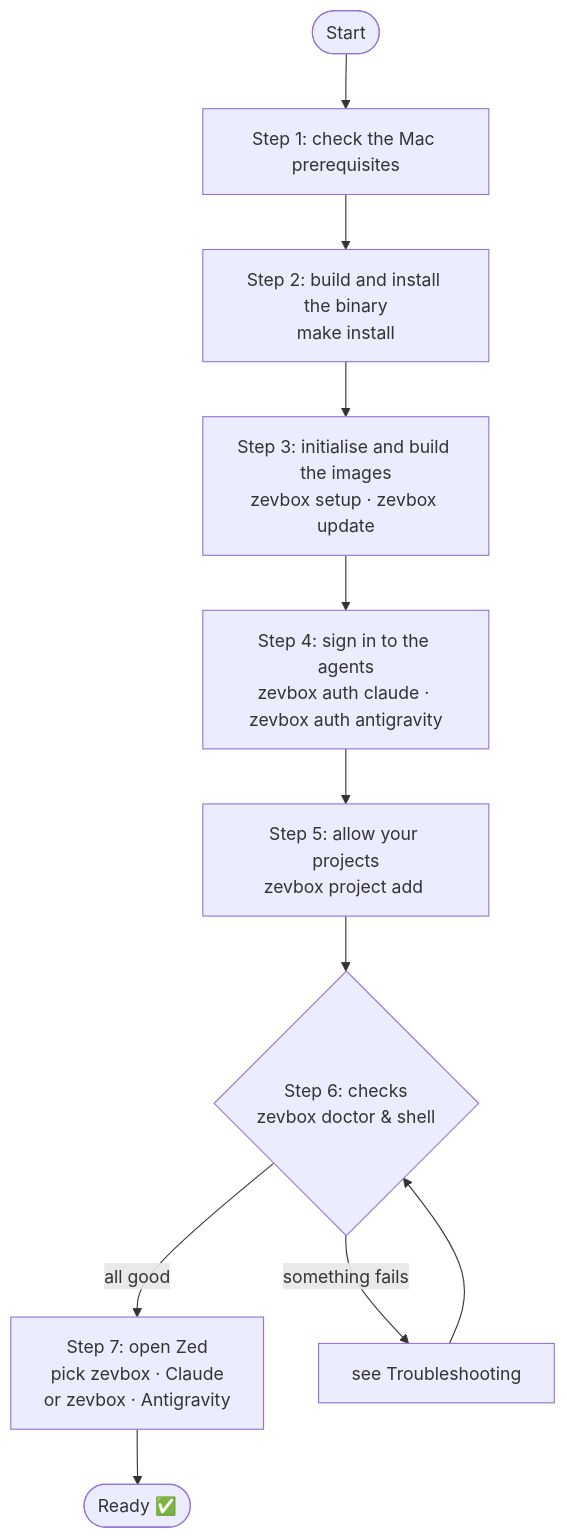
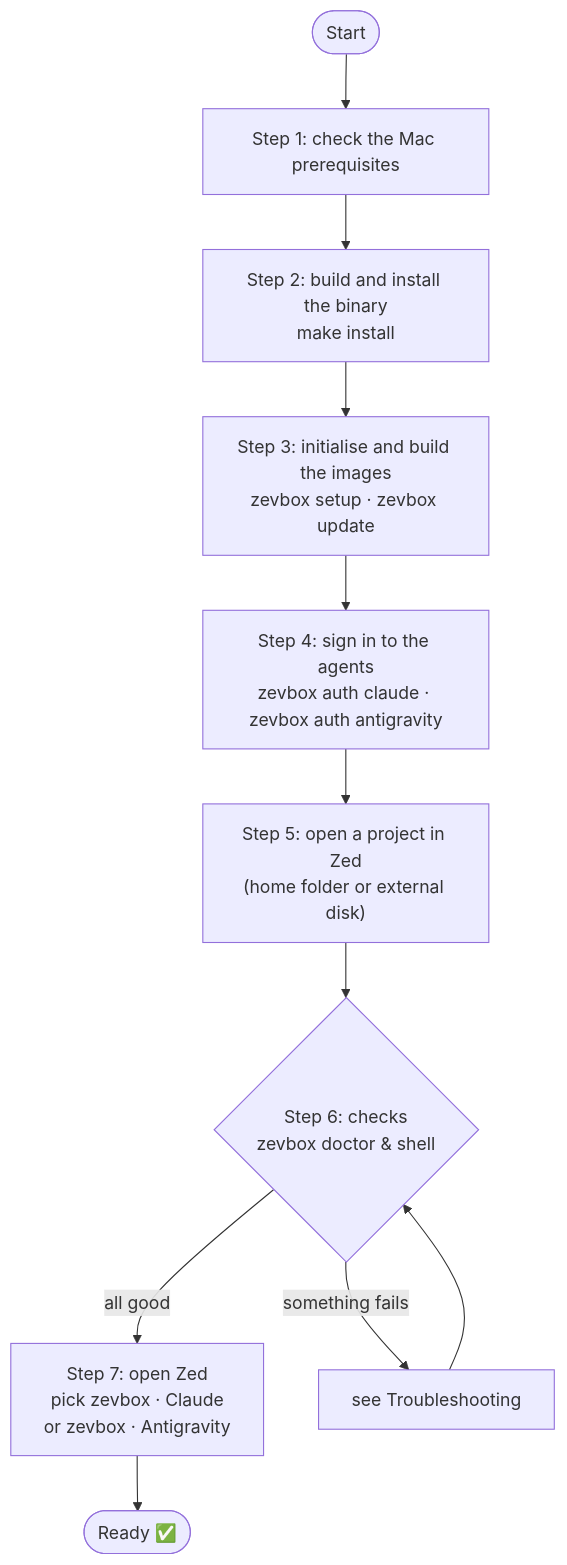
One commit to brainztorm/zevbox changed the first of 3 diagrams in docs/USER_GUIDE.md. Above: the diagram before and after it, drawn with Mermaid. The commit also changed other lines of this file and 25 other files, not shown here.

First line of the commit message:
projects: automatic projects in allowed zones, no project list (D1, E1, F1)

````diff
--- a/docs/USER_GUIDE.md
+++ b/docs/USER_GUIDE.md
@@ -13,15 +13,15 @@
 ```mermaid
 flowchart TD
     Start(["Start"]) --> Step1["Step 1: check the Mac prerequisites"]
     Step1 --> Step2["Step 2: build and install the binary\nmake install"]
     Step2 --> Step3["Step 3: initialise and build the images\nzevbox setup · zevbox update"]
     Step3 --> Step4["Step 4: sign in to the agents\nzevbox auth claude · zevbox auth antigravity"]
-    Step4 --> Step4b["Step 5: allow your projects\nzevbox project add <path>"]
+    Step4 --> Step4b["Step 5: open a project in Zed\n(home folder or external disk)"]
     Step4b --> Step5{"Step 6: checks\nzevbox doctor & shell"}
 
     Step5 -- "all good" --> Step6["Step 7: open Zed\npick zevbox · Claude\nor zevbox · Antigravity"]
     Step5 -- "something fails" --> Fix["see Troubleshooting"]
     Fix --> Step5
 
     Step6 --> Done(["Ready ✅"])
 ```
````
